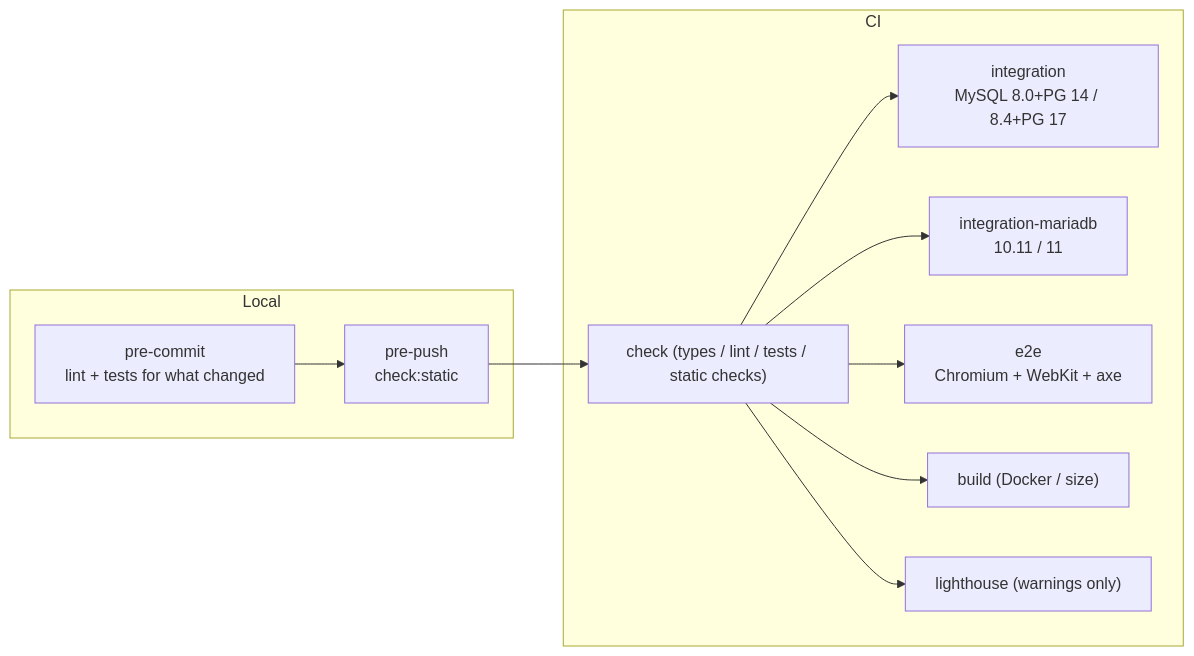
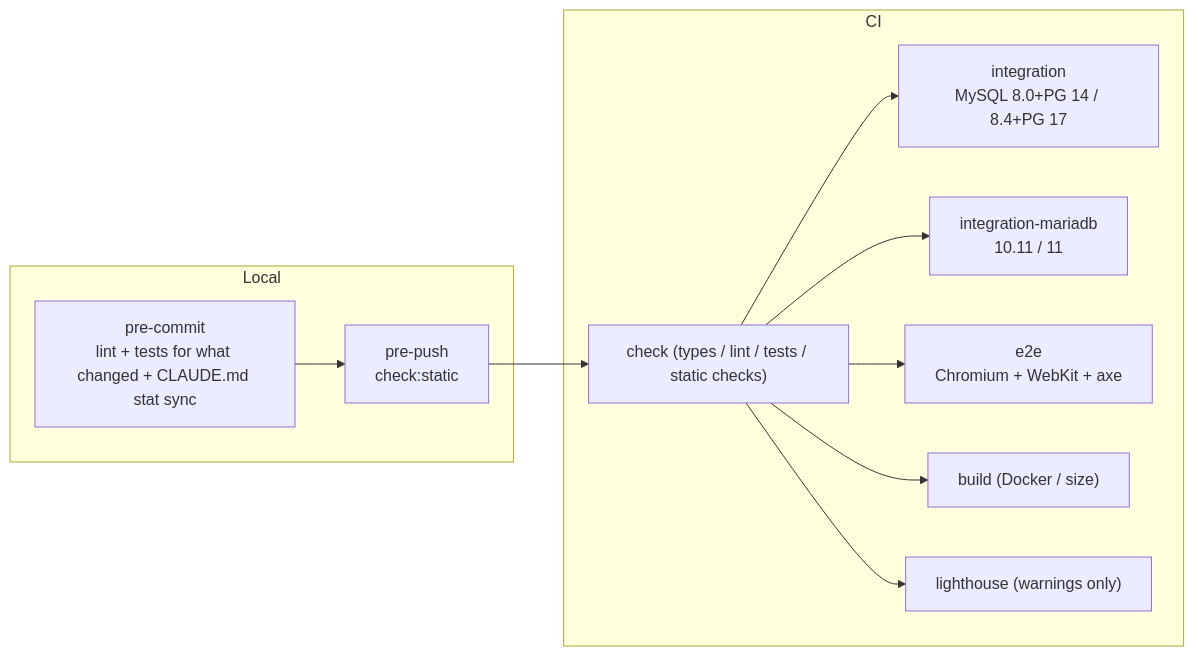
Before and after one commit to ip-san/tsmyadmin: diagram 11 of 11 in docs/en/architecture.md, drawn with Mermaid. The commit also changed other lines of this file and 18 other files, not shown here.

````diff
--- a/docs/en/architecture.md
+++ b/docs/en/architecture.md
@@ -298,16 +312,16 @@
 ```mermaid
 flowchart LR
   subgraph local["Local"]
-    pc["pre-commit<br/>lint + tests for what changed"] --> pp["pre-push<br/>check:static"]
+    pc["pre-commit<br/>lint + tests for what changed + CLAUDE.md stat sync"] --> pp["pre-push<br/>check:static"]
   end
   subgraph ci["CI"]
     chk["check (types / lint / tests / static checks)"]
     int["integration<br/>MySQL 8.0+PG 14 / 8.4+PG 17"]
     ma["integration-mariadb<br/>10.11 / 11"]
     e2e["e2e<br/>Chromium + WebKit + axe"]
     build["build (Docker / size)"]
     lh["lighthouse (warnings only)"]
     chk --> int & ma & e2e & build & lh
   end
   pp --> chk
 ```
````
